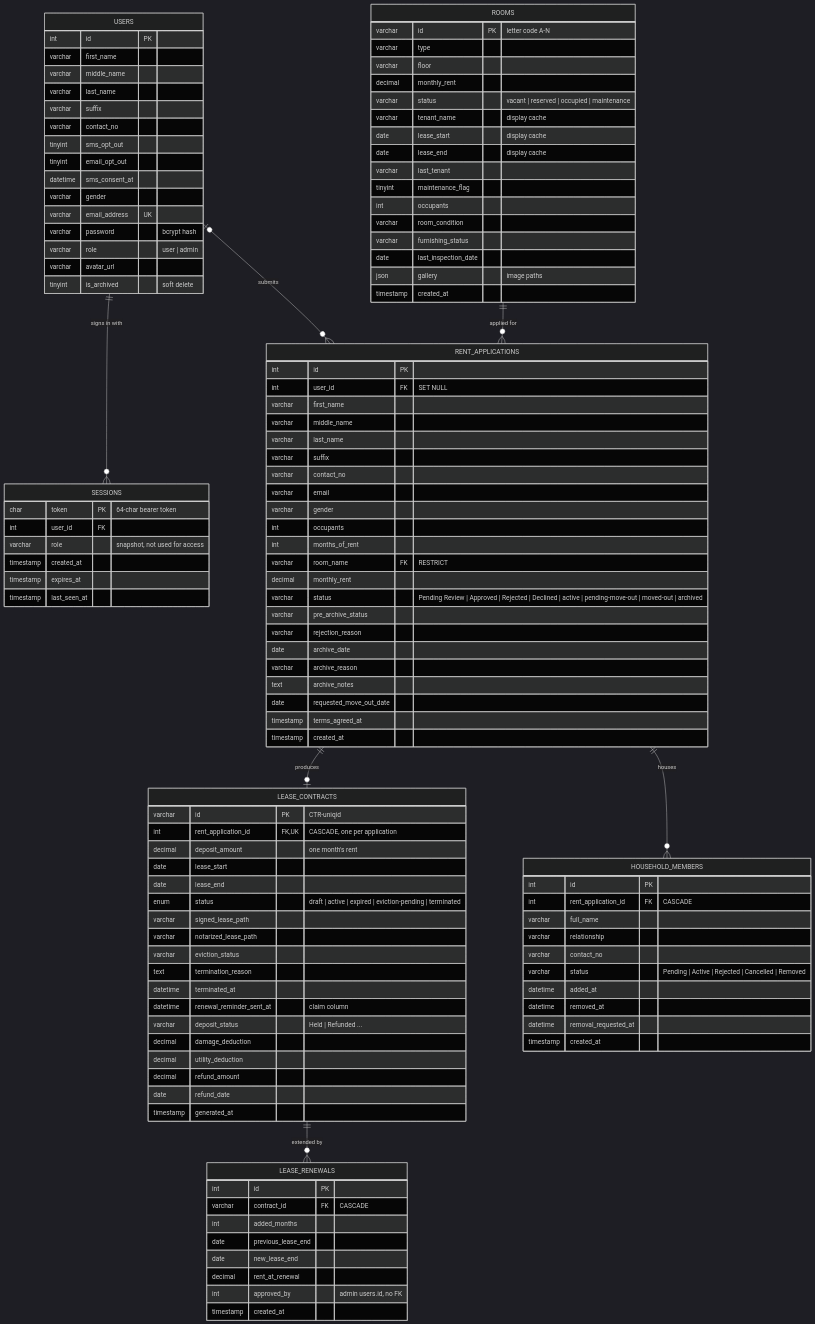
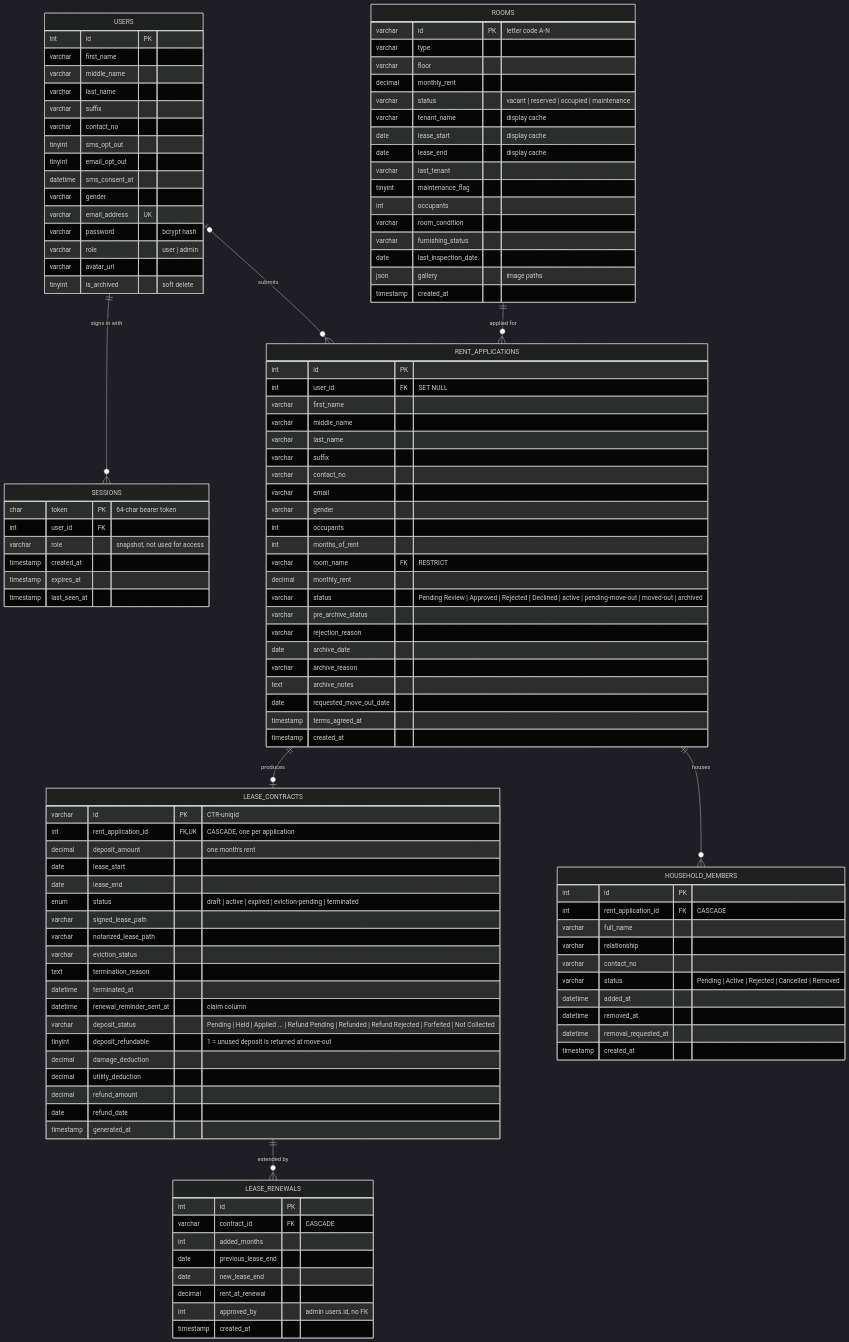
The second of 24 diagrams in docs/documentation/system_diagrams.md (Keonbe/ApartmentManagementSystem_React), drawn with Mermaid (dark theme) before and after one commit. The commit also changed other lines of this file and 58 other files, not shown here.

```diff
--- a/docs/documentation/system_diagrams.md
+++ b/docs/documentation/system_diagrams.md
@@ -194,7 +194,8 @@
         text termination_reason
         datetime terminated_at
         datetime renewal_reminder_sent_at "claim column"
-        varchar deposit_status "Held | Refunded ..."
+        varchar deposit_status "Pending | Held | Applied ... | Refund Pending | Refunded | Refund Rejected | Forfeited | Not Collected"
+        tinyint deposit_refundable "1 = unused deposit is returned at move-out"
         decimal damage_deduction
         decimal utility_deduction
         decimal refund_amount
```
